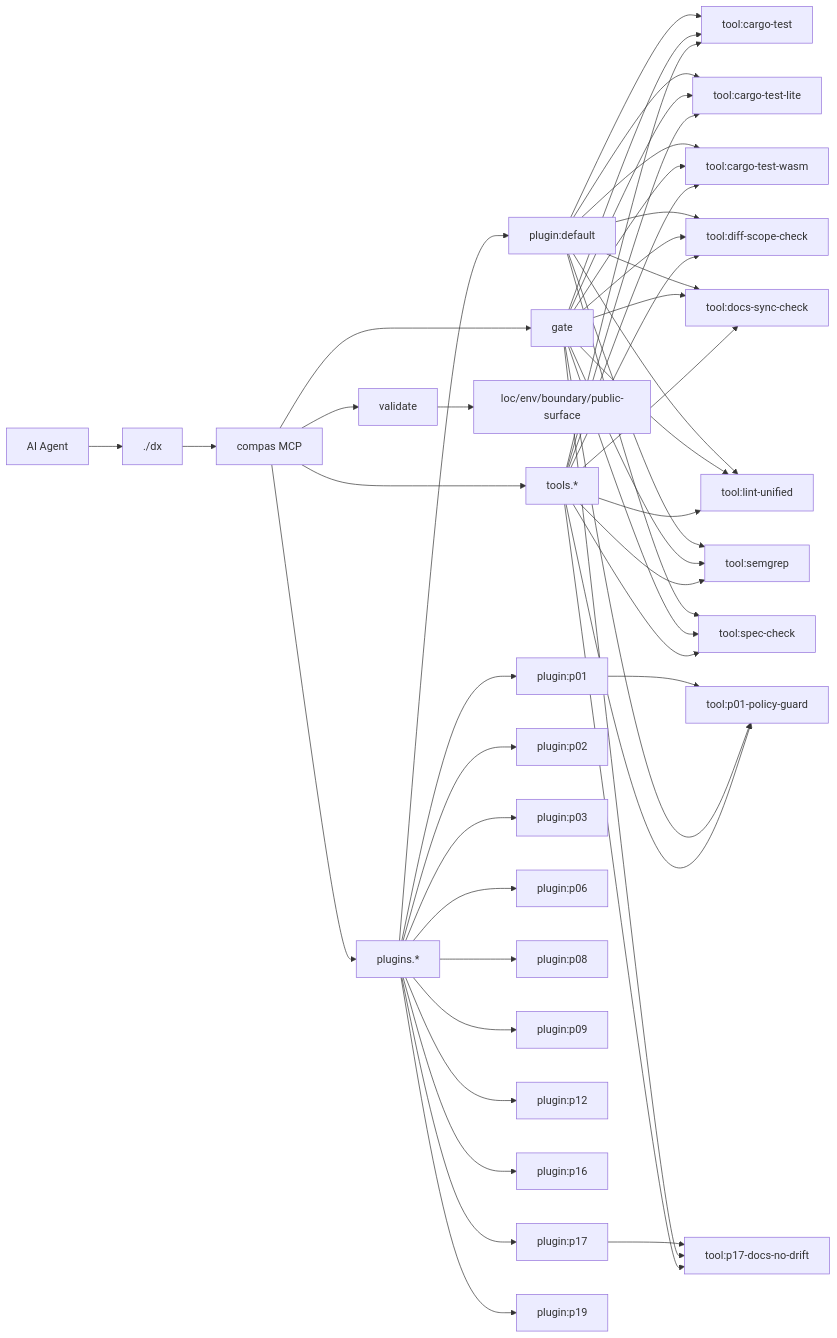
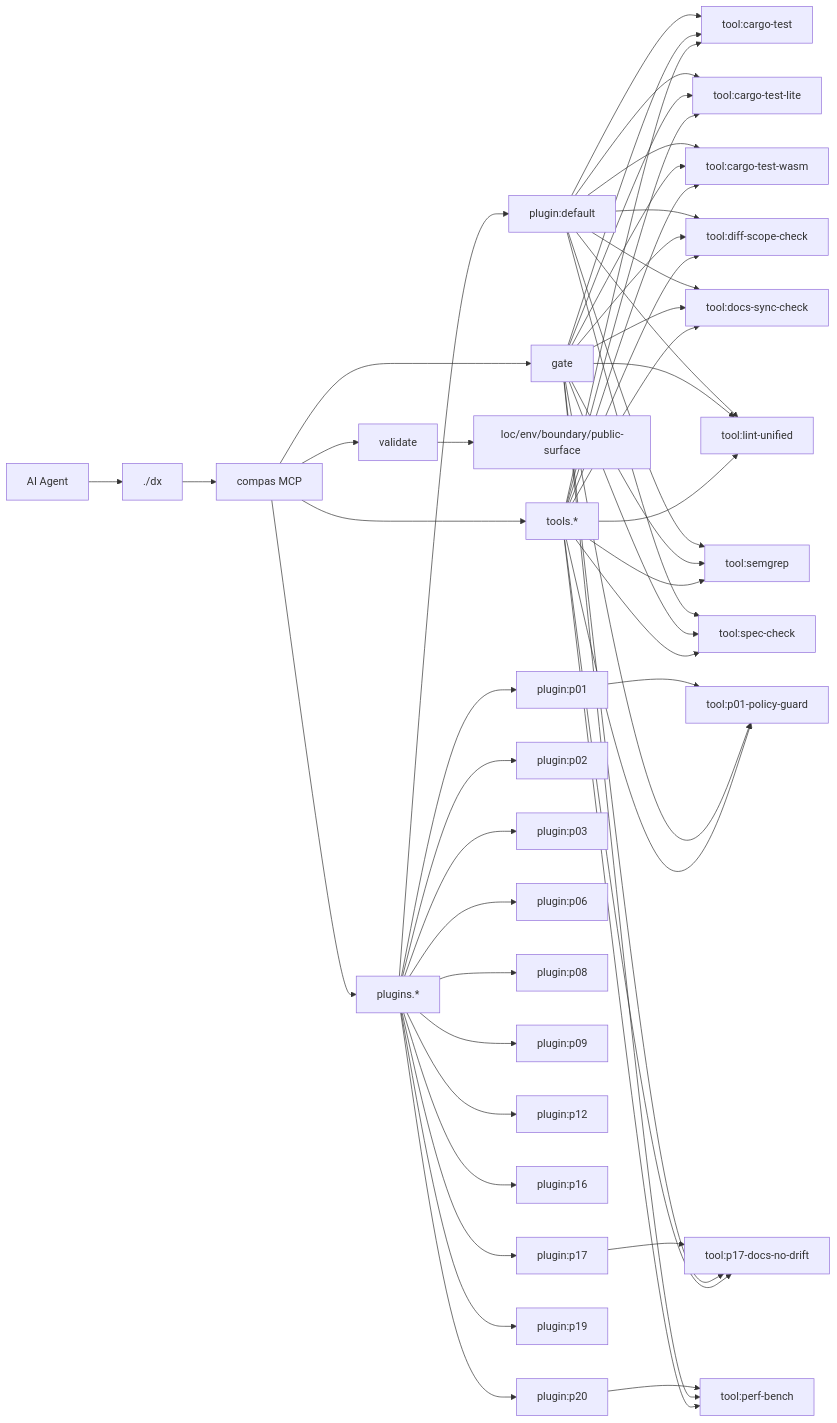
Before and after one commit to AmirTlinov/compas: the diagram in AGENTS.md, drawn with Mermaid. The commit also changed other lines of this file and 8 other files, not shown here.

````diff
--- a/AGENTS.md
+++ b/AGENTS.md
@@ -66,51 +68,55 @@
 ```mermaid
 flowchart LR
   Agent[AI Agent] --> DX[./dx]
   DX --> MCP[compas MCP]
   MCP --> V[validate]
   MCP --> G[gate]
   MCP --> PL[plugins.*]
   MCP --> TL[tools.*]
   V --> C1[loc/env/boundary/public-surface]
   PL --> P_default["plugin:default"]
   P_default --> T_cargo_test["tool:cargo-test"]
   G --> T_cargo_test
   P_default --> T_cargo_test_lite["tool:cargo-test-lite"]
   G --> T_cargo_test_lite
   P_default --> T_cargo_test_wasm["tool:cargo-test-wasm"]
   G --> T_cargo_test_wasm
   P_default --> T_diff_scope_check["tool:diff-scope-check"]
   G --> T_diff_scope_check
   P_default --> T_docs_sync_check["tool:docs-sync-check"]
   G --> T_docs_sync_check
   P_default --> T_lint_unified["tool:lint-unified"]
   G --> T_lint_unified
   P_default --> T_semgrep["tool:semgrep"]
   G --> T_semgrep
   P_default --> T_spec_check["tool:spec-check"]
   G --> T_spec_check
   PL --> P_p01["plugin:p01"]
   P_p01 --> T_p01_policy_guard["tool:p01-policy-guard"]
   G --> T_p01_policy_guard
   PL --> P_p02["plugin:p02"]
   PL --> P_p03["plugin:p03"]
   PL --> P_p06["plugin:p06"]
   PL --> P_p08["plugin:p08"]
   PL --> P_p09["plugin:p09"]
   PL --> P_p12["plugin:p12"]
   PL --> P_p16["plugin:p16"]
   PL --> P_p17["plugin:p17"]
   P_p17 --> T_p17_docs_no_drift["tool:p17-docs-no-drift"]
   G --> T_p17_docs_no_drift
   PL --> P_p19["plugin:p19"]
+  PL --> P_p20["plugin:p20"]
+  P_p20 --> T_perf_bench["tool:perf-bench"]
+  G --> T_perf_bench
   TL --> T_cargo_test
   TL --> T_cargo_test_lite
   TL --> T_cargo_test_wasm
   TL --> T_diff_scope_check
   TL --> T_docs_sync_check
   TL --> T_lint_unified
   TL --> T_p01_policy_guard
   TL --> T_p17_docs_no_drift
+  TL --> T_perf_bench
   TL --> T_semgrep
   TL --> T_spec_check
 ```
````
